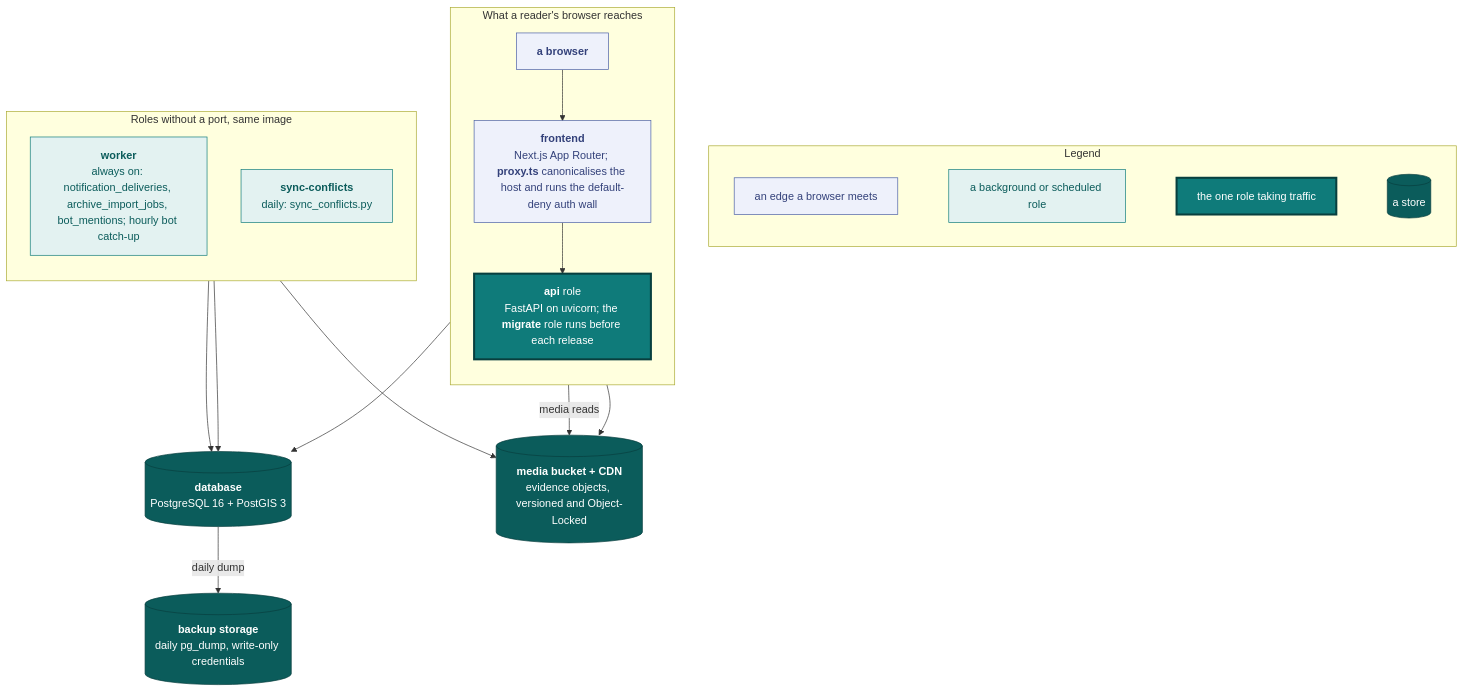
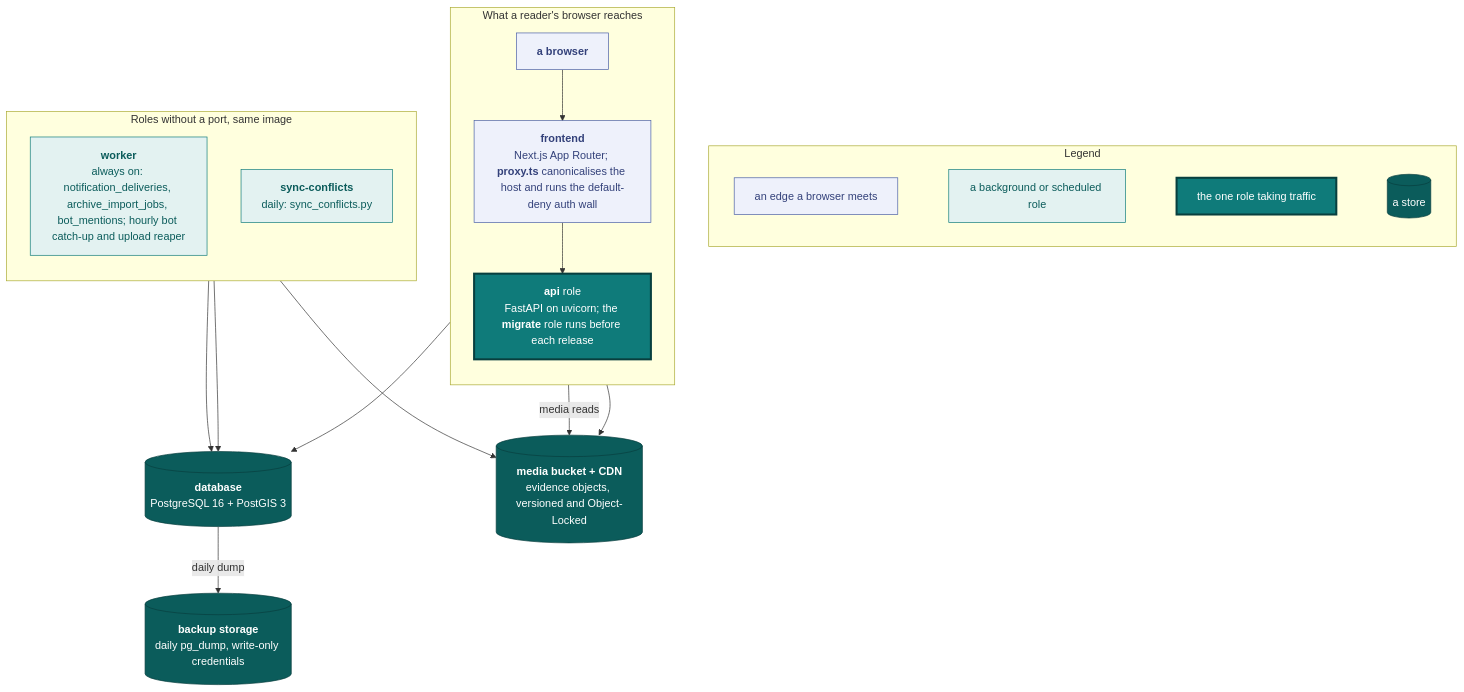
Before and after one commit to vidithq/vidit: the first of 5 diagrams in docs/engineering.md, drawn with Mermaid. The commit also changed other lines of this file and 6 other files, not shown here.

````diff
--- a/docs/engineering.md
+++ b/docs/engineering.md
@@ -5,49 +5,49 @@
 ```mermaid
 flowchart TB
   classDef spec fill:#eef1fb,stroke:#4a5fa5,color:#33417a
   classDef shared fill:#e3f2f1,stroke:#0f7b7a,color:#0b5c5b
   classDef core fill:#0f7b7a,stroke:#083f3e,stroke-width:3px,color:#ffffff
   classDef store fill:#0b5c5b,stroke:#083f3e,color:#ffffff
 
   subgraph legend [Legend]
     direction LR
     l1["`an edge a browser meets`"]:::spec
     l2["`a background or scheduled role`"]:::shared
     l3["`the one role taking traffic`"]:::core
     l4[("`a store`")]:::store
     l1 ~~~ l2 ~~~ l3 ~~~ l4
   end
 
   subgraph traffic [What a reader's browser reaches]
     direction TB
     reader["`**a browser**`"]:::spec
     front["`**frontend**
     Next.js App Router; **proxy.ts** canonicalises the host and runs the default-deny auth wall`"]:::spec
     api["`**api** role
     FastAPI on uvicorn; the **migrate** role runs before each release`"]:::core
     reader --> front --> api
   end
 
   subgraph sched [Roles without a port, same image]
     direction TB
     worker["`**worker**
-    always on: notification_deliveries, archive_import_jobs, bot_mentions; hourly bot catch-up`"]:::shared
+    always on: notification_deliveries, archive_import_jobs, bot_mentions; hourly bot catch-up and upload reaper`"]:::shared
     conf["`**sync-conflicts**
     daily: sync_conflicts.py`"]:::shared
   end
 
   db[("`**database**
   PostgreSQL 16 + PostGIS 3`")]:::store
   s3[("`**media bucket + CDN**
   evidence objects, versioned and Object-Locked`")]:::store
   bak[("`**backup storage**
   daily pg_dump, write-only credentials`")]:::store
 
   reader -- "media reads" --> s3
   api --> db
   api --> s3
   worker --> db
   conf --> db
   worker --> s3
   db -- "daily dump" --> bak
 ```
````
